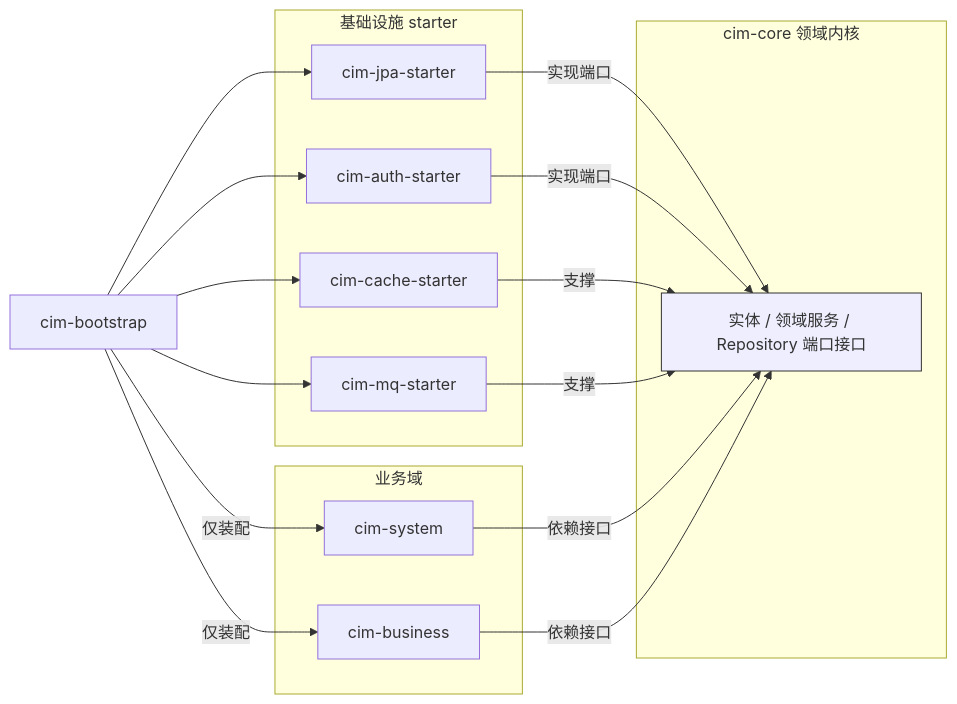
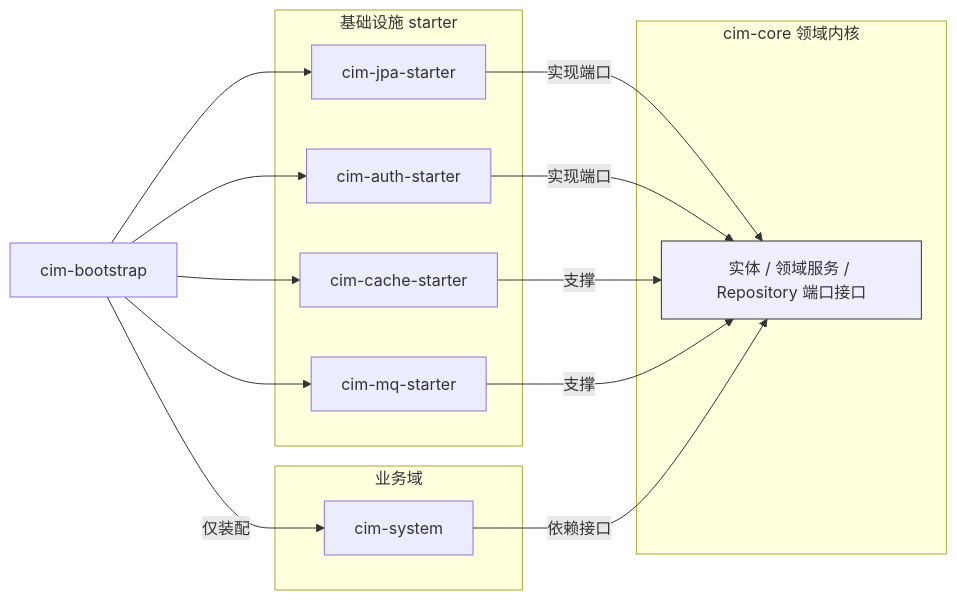
One commit to steven1213/cim-ap changed the first of 22 diagrams in docs/platform/server/README.md. Above: the diagram before and after it, drawn with Mermaid. The commit also changed other lines of this file and 5 other files, not shown here.

First line of the commit message:
docs(platform): 同步分层图、SQL 日志、配置键约定与模块清单

````diff
--- a/docs/platform/server/README.md
+++ b/docs/platform/server/README.md
@@ -85,20 +84,18 @@
 ```mermaid
 flowchart LR
   subgraph Domain[cim-core 领域内核]
     D[实体 / 领域服务 / Repository 端口接口]
   end
   subgraph Infra[基础设施 starter]
     JPA[cim-jpa-starter] -->|实现端口| D
     AUTH[cim-auth-starter] -->|实现端口| D
     CACHE[cim-cache-starter] -->|支撑| D
     MQ[cim-mq-starter] -->|支撑| D
   end
   subgraph Modules[业务域]
     SYS[cim-system] -->|依赖接口| D
-    BIZ[cim-business] -->|依赖接口| D
   end
   BOOT[cim-bootstrap] -->|仅装配| SYS
-  BOOT -->|仅装配| BIZ
   BOOT --> JPA & AUTH & CACHE & MQ
   style D fill:#eef,stroke:#333
 ```
````
